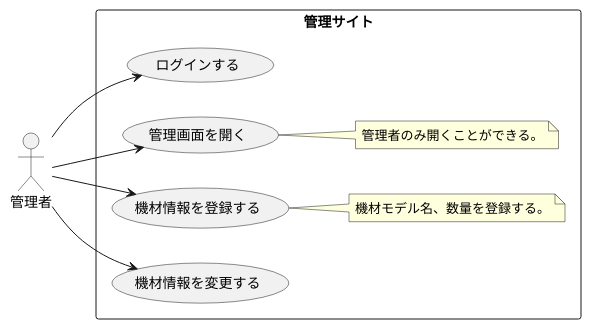
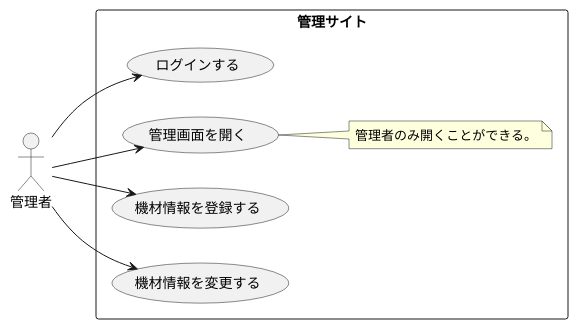
Before and after one commit to TakashiOnawa/ddd-practice-studio-reservation: the diagram in modeling/05_Usecase_機材管理.pu, drawn with PlantUML. The commit also changed 70 other files, not shown here.

```diff
--- a/modeling/05_Usecase_機材管理.pu
+++ b/modeling/05_Usecase_機材管理.pu
@@ -1,22 +1,18 @@
 @startuml Usecase
 
 left to right direction
 
 actor 管理者
 
 rectangle 管理サイト {
     管理者 --> (ログインする)
     管理者 --> (管理画面を開く)
     管理者 --> (機材情報を登録する)
     管理者 --> (機材情報を変更する)
 
     note right of (管理画面を開く)
     管理者のみ開くことができる。
     end note
-
-    note right of (機材情報を登録する)
-    機材モデル名、数量を登録する。
-    end note
 }
 
 @enduml
```
